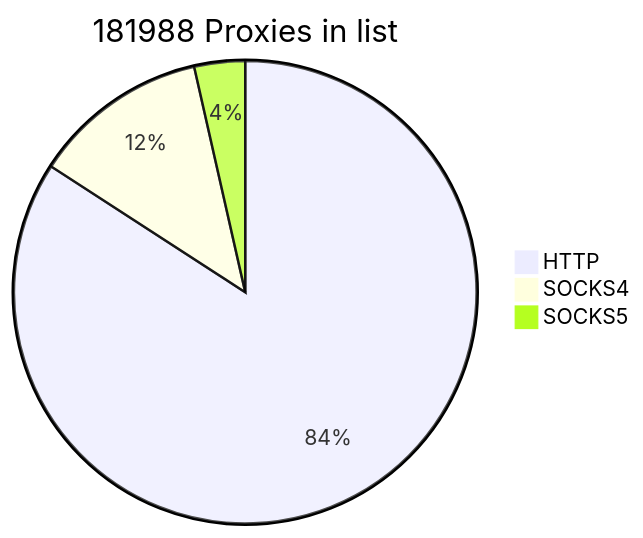
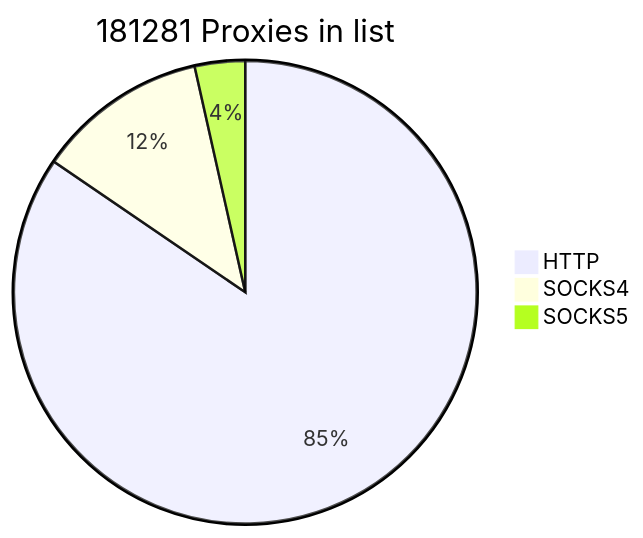
The first of 2 diagrams in README.md (cutipu/proxylist), drawn with Mermaid before and after one commit. The commit also changed other lines of this file, not shown here.

````diff
--- a/README.md
+++ b/README.md
@@ -2,7 +2,7 @@
 ```mermaid
-pie title 181988 Proxies in list
-    "HTTP" : 153150
-    "SOCKS4" : 22382
-    "SOCKS5" : 6456
+pie title 181281 Proxies in list
+    "HTTP" : 153238
+    "SOCKS4" : 21675
+    "SOCKS5" : 6368
             
 ```
````
